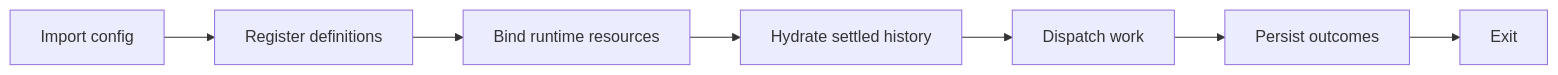
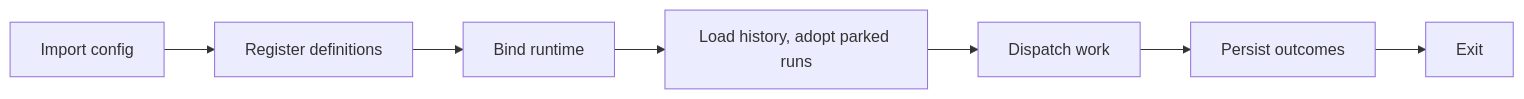
One commit to Francois-Esquire/foundry changed the first of 2 diagrams in docs/quirks/concepts/execution-and-state.mdx. Above: the diagram before and after it, drawn with Mermaid. The commit also changed other lines of this file and 3 other files, not shown here.

````diff
--- a/docs/quirks/concepts/execution-and-state.mdx
+++ b/docs/quirks/concepts/execution-and-state.mdx
@@ -15,9 +16,9 @@
 ```mermaid
 flowchart LR
     C[Import config] --> D[Register definitions]
-    D --> B[Bind runtime resources]
-    B --> H[Hydrate settled history]
+    D --> B[Bind runtime]
+    B --> H[Load history, adopt parked runs]
     H --> R[Dispatch work]
     R --> P[Persist outcomes]
     P --> E[Exit]
 ```
````
